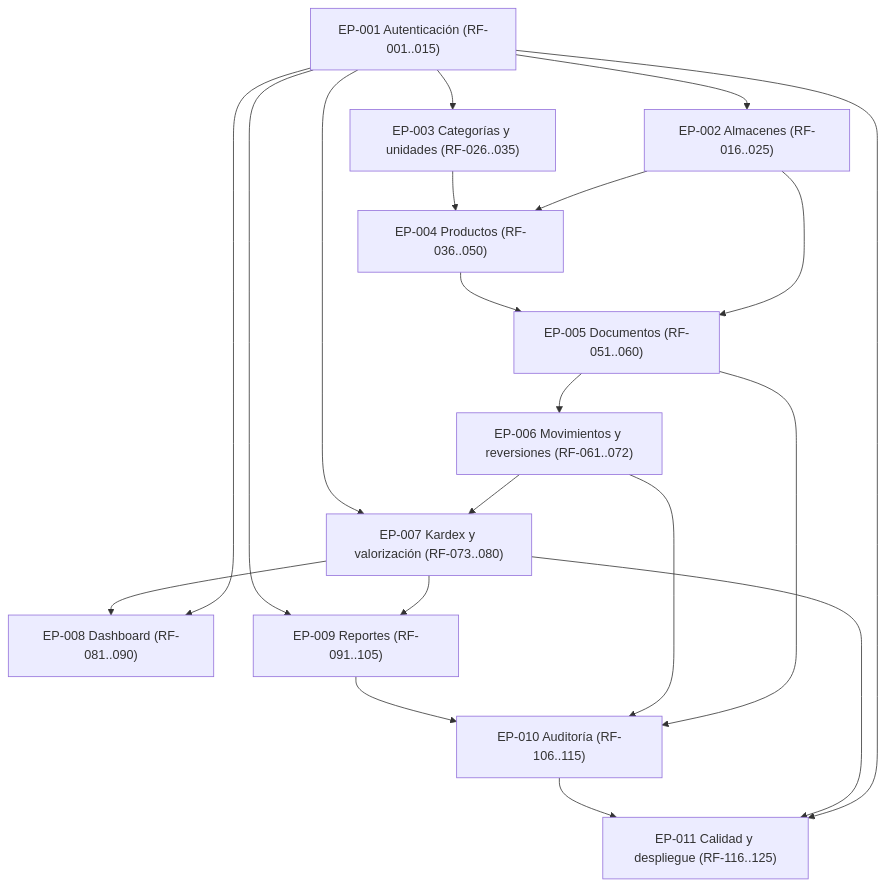
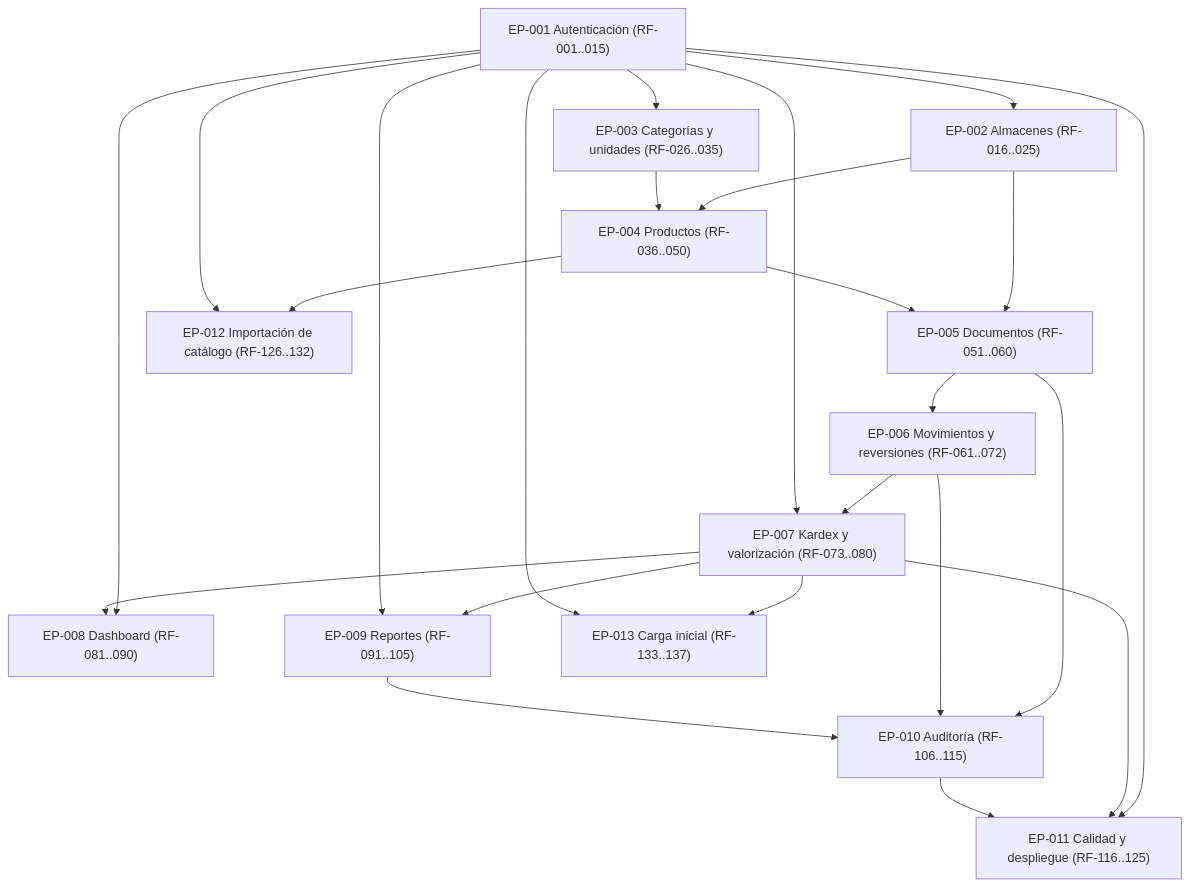
One commit to IVAINX18/Shadow-Net-StockFlow changed the diagram in docs/planning/backlog.md. Above: the diagram before and after it, drawn with Mermaid. The commit also changed other lines of this file and 8 other files, not shown here.

````diff
--- a/docs/planning/backlog.md
+++ b/docs/planning/backlog.md
@@ -101,22 +115,26 @@
 ```mermaid
 graph TD
   EP001["EP-001 Autenticación (RF-001..015)"] --> EP002["EP-002 Almacenes (RF-016..025)"]
   EP001 --> EP003["EP-003 Categorías y unidades (RF-026..035)"]
   EP002 --> EP004["EP-004 Productos (RF-036..050)"]
   EP003 --> EP004
   EP002 --> EP005["EP-005 Documentos (RF-051..060)"]
   EP004 --> EP005
   EP005 --> EP006["EP-006 Movimientos y reversiones (RF-061..072)"]
   EP005 --> EP010["EP-010 Auditoría (RF-106..115)"]
   EP006 --> EP007["EP-007 Kardex y valorización (RF-073..080)"]
   EP006 --> EP010
   EP001 --> EP007
   EP001 --> EP008["EP-008 Dashboard (RF-081..090)"]
   EP007 --> EP008
   EP007 --> EP009["EP-009 Reportes (RF-091..105)"]
   EP001 --> EP009
   EP009 --> EP010
   EP001 --> EP011["EP-011 Calidad y despliegue (RF-116..125)"]
   EP007 --> EP011
   EP010 --> EP011
+  EP004 --> EP012["EP-012 Importación de catálogo (RF-126..132)"]
+  EP001 --> EP012
+  EP007 --> EP013["EP-013 Carga inicial (RF-133..137)"]
+  EP001 --> EP013
 ```
````
